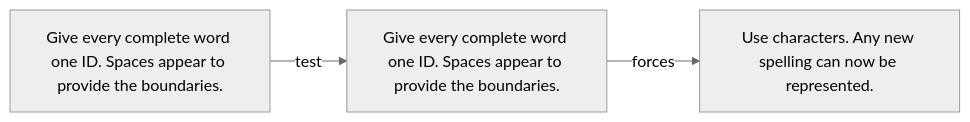
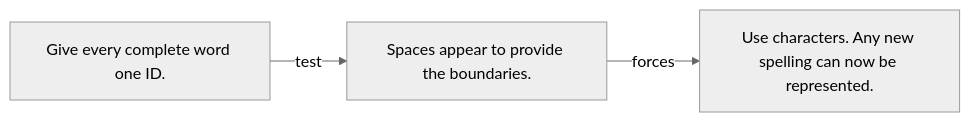
Before and after one commit to kleem-labs/AI-Archaeology: the diagram in excavations/036-tokenization/diagram.md, drawn with Mermaid (neutral theme). The commit also changed other lines of this file and 165 other files, not shown here.

````diff
--- a/excavations/036-tokenization/diagram.md
+++ b/excavations/036-tokenization/diagram.md
@@ -5,5 +5,5 @@
 ```mermaid
 flowchart LR
-    A["Give every complete word one ID. Spaces appear to provide the boundaries."] -->|"test"| B["Give every complete word one ID. Spaces appear to provide the boundaries."]
+    A["Give every complete word one ID."] -->|"test"| B["Spaces appear to provide the boundaries."]
     B -->|"forces"| C["Use characters. Any new spelling can now be represented."]
 ```
````
